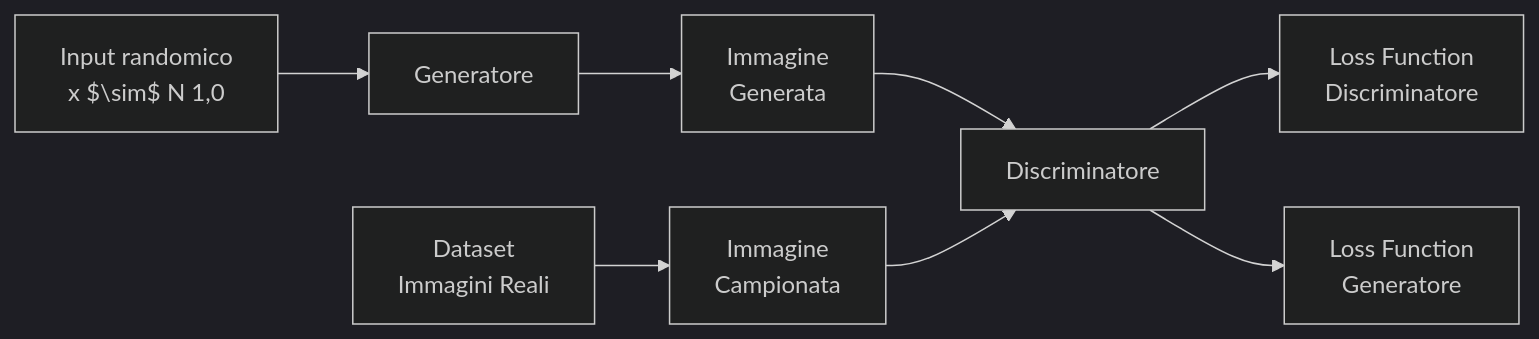
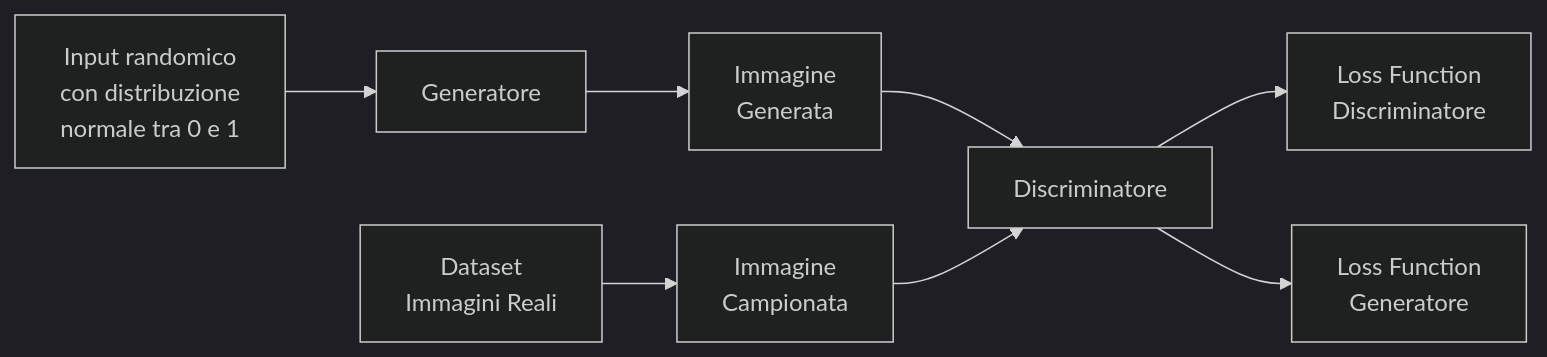
One commit to MassimilianoT/GAN-StudyOfArchitectures changed the diagram in README.md. Above: the diagram before and after it, drawn with Mermaid (dark theme).

````diff
--- a/README.md
+++ b/README.md
@@ -91,19 +91,19 @@
 ```mermaid
 graph LR
-A[Input randomico <br> x $\sim$ N 1,0]
+A[Input randomico <br> con distribuzione <br> normale tra 0 e 1]
 B[Generatore]
 C[Immagine<br>Generata]
 D[Dataset<br>Immagini Reali]
 E[Immagine<br>Campionata]
 F[Discriminatore]
 G[Loss Function<br>Discriminatore]
 H[Loss Function<br>Generatore]
 
 A --> B
 B --> C
 D --> E
 C --> F
 E --> F
 F --> G
 F --> H
 ```
````
